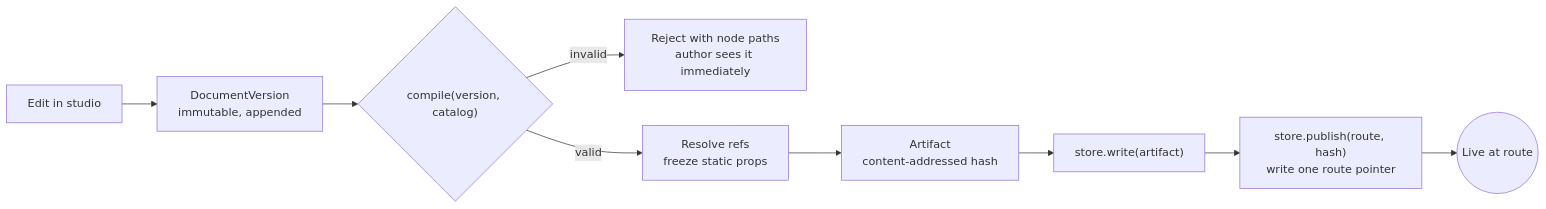
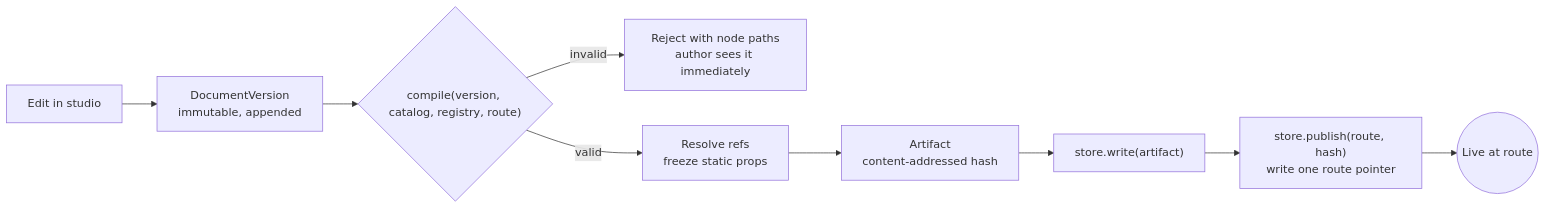
The second of 3 diagrams in docs/domain-model.md (effekt/halyard), drawn with Mermaid before and after one commit. The commit also changed 3 other files, not shown here.

````diff
--- a/docs/domain-model.md
+++ b/docs/domain-model.md
@@ -369,11 +369,11 @@
 ```mermaid
 flowchart LR
     A["Edit in studio"] --> B["DocumentVersion<br/>immutable, appended"]
-    B --> C{"compile(version, catalog)"}
+    B --> C{"compile(version, catalog, registry, route)"}
     C -->|"invalid"| D["Reject with node paths<br/>author sees it immediately"]
     C -->|"valid"| E["Resolve refs<br/>freeze static props"]
     E --> F["Artifact<br/>content-addressed hash"]
     F --> G["store.write(artifact)"]
     G --> H["store.publish(route, hash)<br/>write one route pointer"]
     H --> I(("Live at route"))
 ```
````
